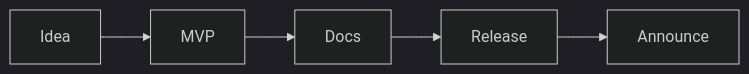
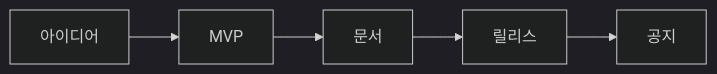
The diagram in content/open-source-101/ko/10-my-first-open-source-project.md (yeongseon-books/book-content), drawn with Mermaid (dark theme) before and after one commit. The commit also changed other lines of this file and 9 other files, not shown here.

````diff
--- a/content/open-source-101/ko/10-my-first-open-source-project.md
+++ b/content/open-source-101/ko/10-my-first-open-source-project.md
@@ -33,7 +47,7 @@
 ```mermaid
 flowchart LR
-    I[Idea] --> M[MVP]
-    M --> D[Docs]
-    D --> R[Release]
-    R --> A[Announce]
+    I[아이디어] --> M[MVP]
+    M --> D[문서]
+    D --> R[릴리스]
+    R --> A[공지]
 ```
````
